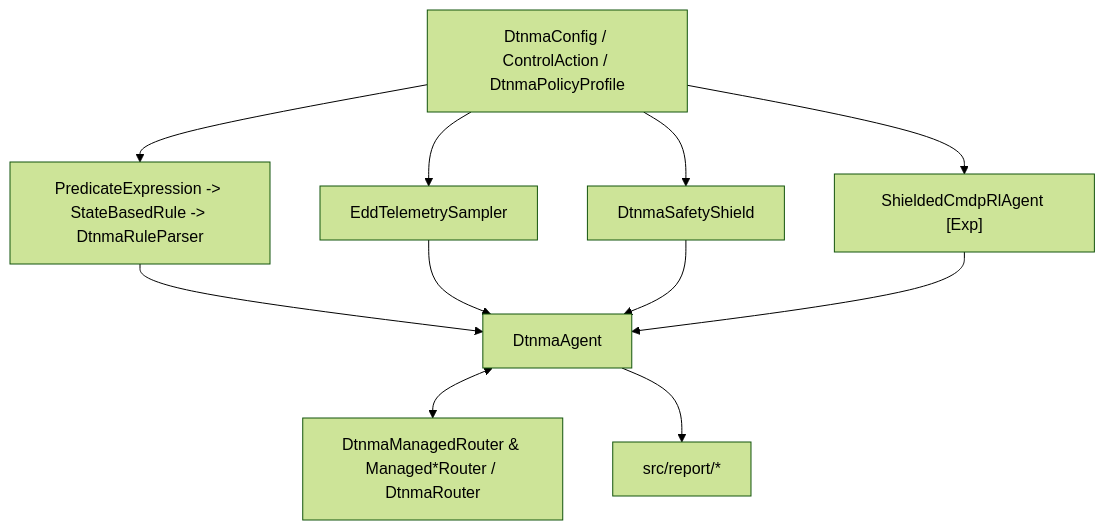
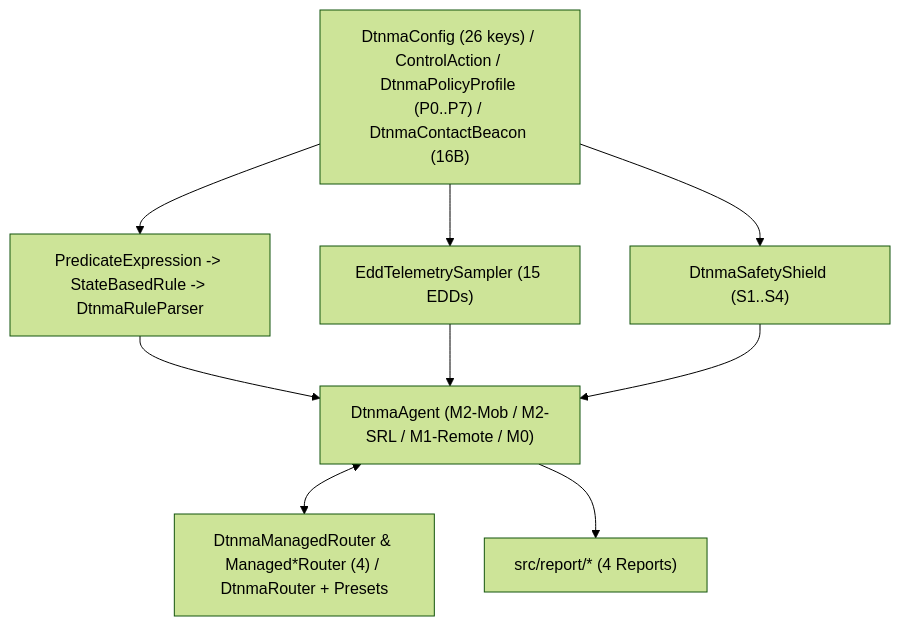
The diagram in docs/study-guide/figures/mmd/fig13_codebase_dag.mmd (nafisshahriar/ADTNM), drawn with Mermaid (forest theme) before and after one commit. The commit also changed 186 other files, not shown here.

```diff
--- a/docs/study-guide/figures/mmd/fig13_codebase_dag.mmd
+++ b/docs/study-guide/figures/mmd/fig13_codebase_dag.mmd
@@ -1,8 +1,7 @@
 flowchart TB
-  CFG["DtnmaConfig / ControlAction / DtnmaPolicyProfile"] --> AST["PredicateExpression -> StateBasedRule -> DtnmaRuleParser"]
-  CFG --> EDD["EddTelemetrySampler"]
-  CFG --> SH["DtnmaSafetyShield"]
-  CFG --> RL["ShieldedCmdpRlAgent [Exp]"]
-  AST & EDD & SH & RL --> AG["DtnmaAgent"]
-  AG <--> MR["DtnmaManagedRouter & Managed*Router / DtnmaRouter"]
-  AG --> REP["src/report/*"]
+  CFG["DtnmaConfig (26 keys) / ControlAction / DtnmaPolicyProfile (P0..P7) / DtnmaContactBeacon (16B)"] --> AST["PredicateExpression -> StateBasedRule -> DtnmaRuleParser"]
+  CFG --> EDD["EddTelemetrySampler (15 EDDs)"]
+  CFG --> SH["DtnmaSafetyShield (S1..S4)"]
+  AST & EDD & SH --> AG["DtnmaAgent (M2-Mob / M2-SRL / M1-Remote / M0)"]
+  AG <--> MR["DtnmaManagedRouter & Managed*Router (4) / DtnmaRouter + Presets"]
+  AG --> REP["src/report/* (4 Reports)"]
```
